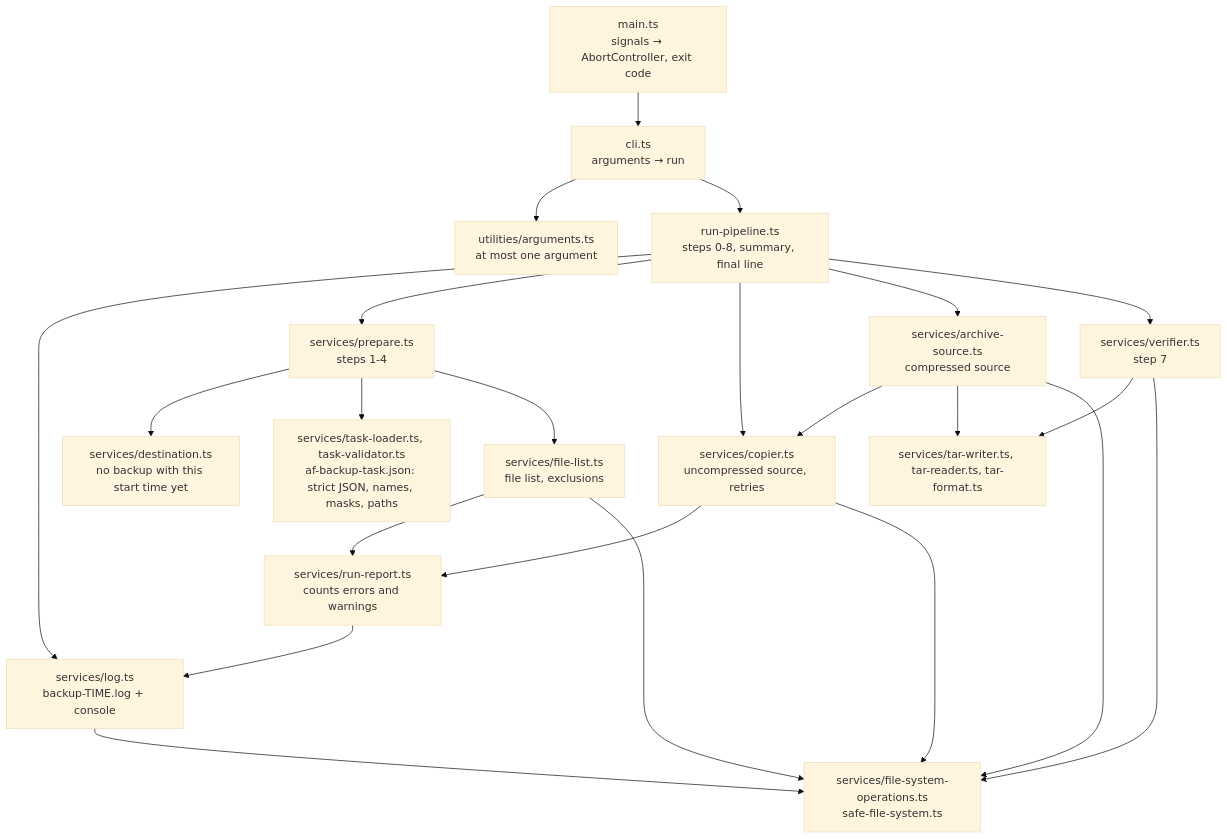
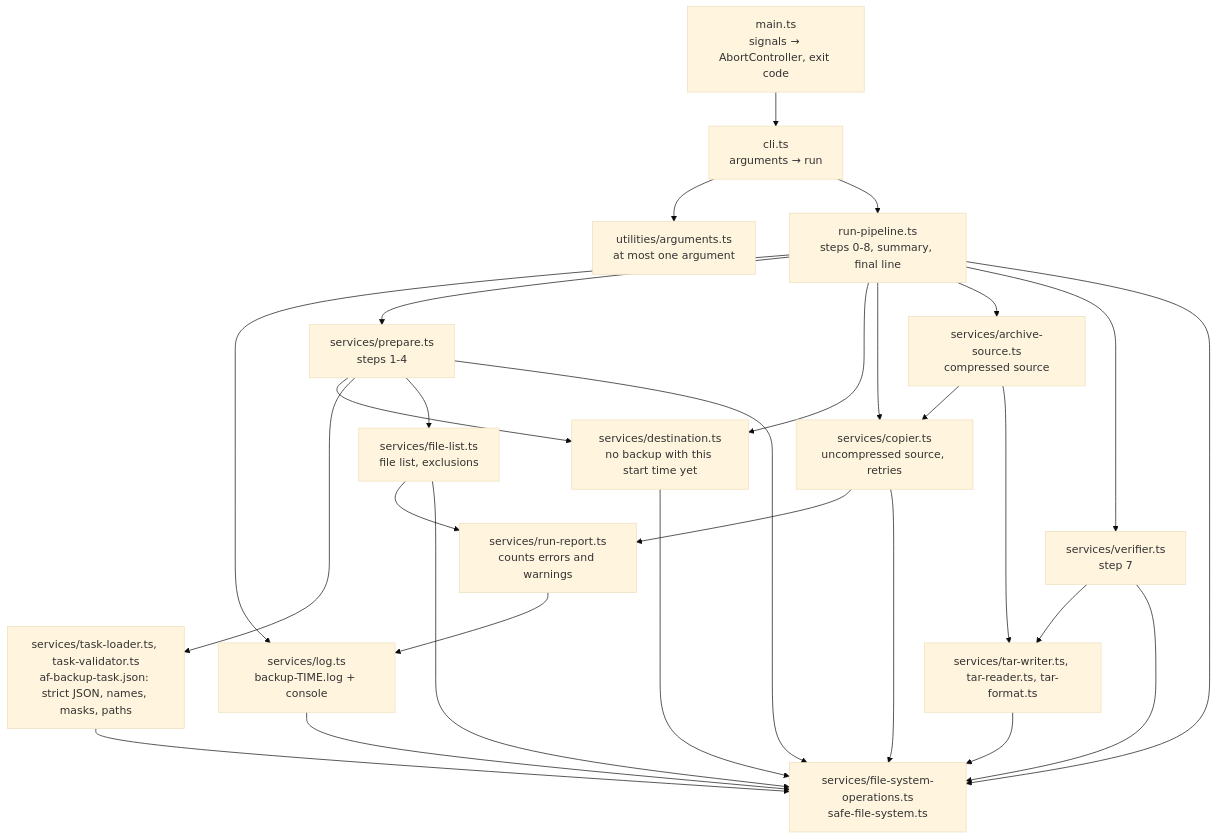
Before and after one commit to andrew2020wit/af-backup: the first of 5 diagrams in docs/how-it-works.md, drawn with Mermaid (base theme). The commit also changed other lines of this file and 2 other files, not shown here.

````diff
--- a/docs/how-it-works.md
+++ b/docs/how-it-works.md
@@ -11,41 +14,46 @@
 ```mermaid
 flowchart TD
   main["main.ts<br/>signals → AbortController, exit code"]
   cli["cli.ts<br/>arguments → run"]
   arguments["utilities/arguments.ts<br/>at most one argument"]
   pipeline["run-pipeline.ts<br/>steps 0-8, summary, final line"]
   prepare["services/prepare.ts<br/>steps 1-4"]
   fileList["services/file-list.ts<br/>file list, exclusions"]
   copier["services/copier.ts<br/>uncompressed source, retries"]
   archive["services/archive-source.ts<br/>compressed source"]
   report["services/run-report.ts<br/>counts errors and warnings"]
   verifier["services/verifier.ts<br/>step 7"]
   tar["services/tar-writer.ts, tar-reader.ts, tar-format.ts"]
   task["services/task-loader.ts, task-validator.ts<br/>af-backup-task.json: strict JSON, names, masks, paths"]
   destination["services/destination.ts<br/>no backup with this start time yet"]
   log["services/log.ts<br/>backup-TIME.log + console"]
   fs["services/file-system-operations.ts<br/>safe-file-system.ts"]
 
   main --> cli
   cli --> arguments
   cli --> pipeline
   pipeline --> log
   pipeline --> prepare
+  pipeline --> destination
   prepare --> destination
   prepare --> task
   prepare --> fileList
   pipeline --> copier
   pipeline --> archive
   archive --> copier
   archive --> tar
   pipeline --> verifier
   verifier --> tar
   fileList --> report
   copier --> report
   report --> log
+  pipeline --> fs
+  prepare --> fs
+  destination --> fs
+  task --> fs
+  fileList --> fs
   copier --> fs
-  archive --> fs
+  tar --> fs
   verifier --> fs
-  fileList --> fs
   log --> fs
 ```
````
